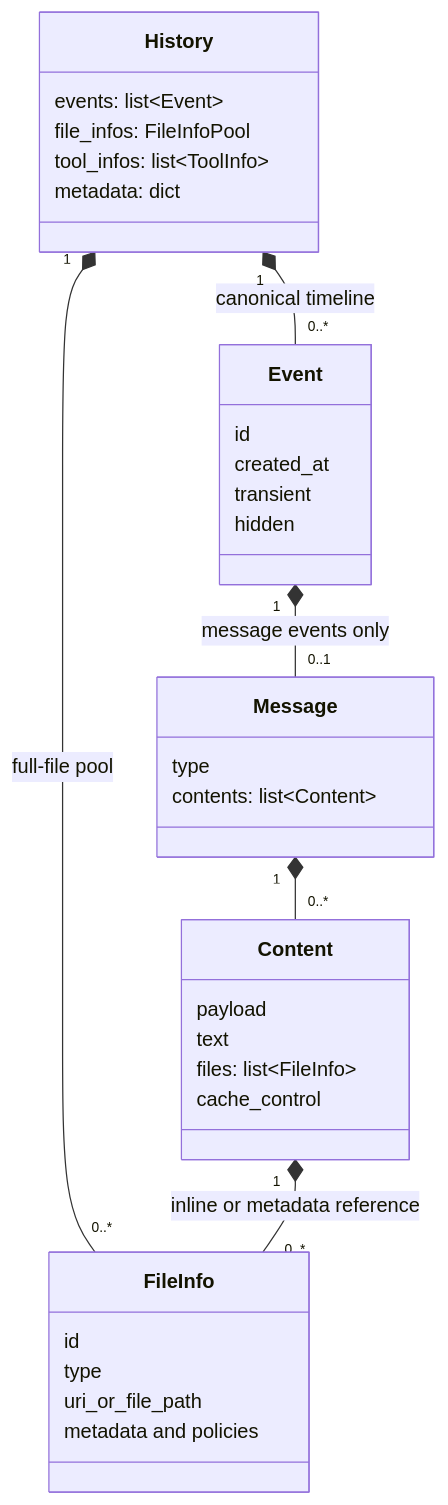
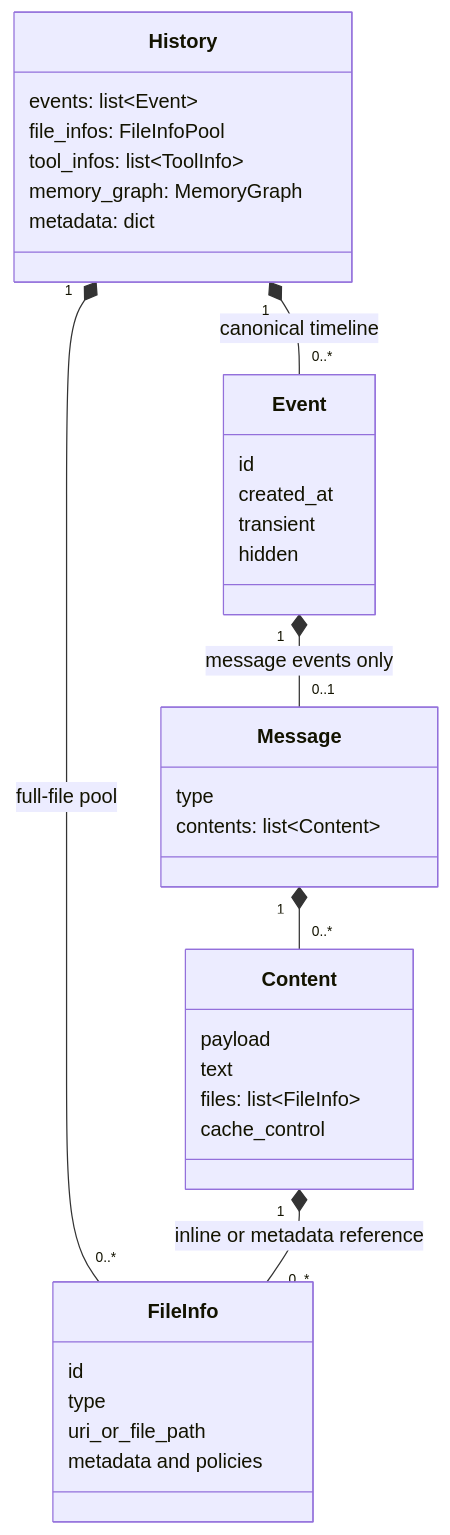
Before and after one commit to kiarina/kiari: the first of 3 diagrams in docs/concepts/kiarina-python/data-model-and-history.md, drawn with Mermaid. The commit also changed other lines of this file and 9 other files, not shown here.

````diff
--- a/docs/concepts/kiarina-python/data-model-and-history.md
+++ b/docs/concepts/kiarina-python/data-model-and-history.md
@@ -12,37 +12,38 @@
 ```mermaid
 classDiagram
     class History {
         events: list~Event~
         file_infos: FileInfoPool
         tool_infos: list~ToolInfo~
+        memory_graph: MemoryGraph
         metadata: dict
     }
     class Event {
         id
         created_at
         transient
         hidden
     }
     class Message {
         type
         contents: list~Content~
     }
     class Content {
         payload
         text
         files: list~FileInfo~
         cache_control
     }
     class FileInfo {
         id
         type
         uri_or_file_path
         metadata and policies
     }
 
     History "1" *-- "0..*" Event : canonical timeline
     History "1" *-- "0..*" FileInfo : full-file pool
     Event "1" *-- "0..1" Message : message events only
     Message "1" *-- "0..*" Content
     Content "1" *-- "0..*" FileInfo : inline or metadata reference
 ```
````
